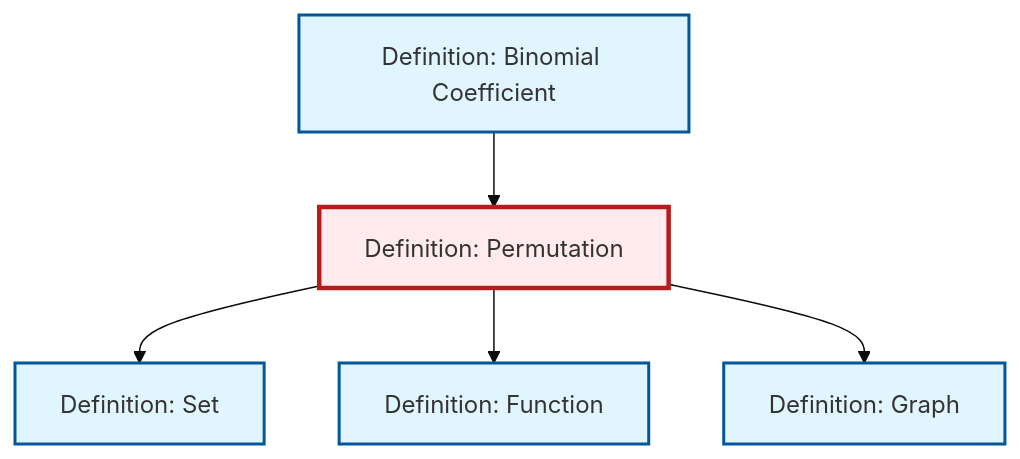
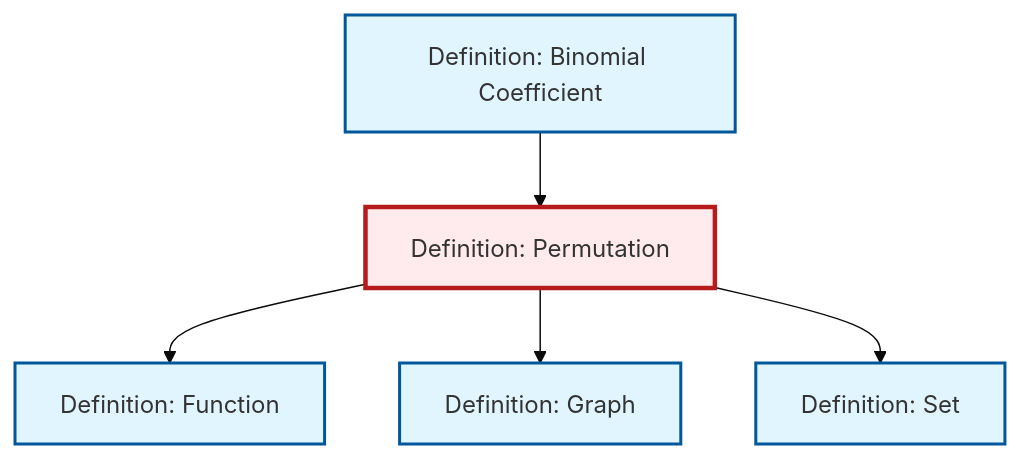
Before and after one commit to RK0429/ModernMath: the diagram in content/ja/combinatorics/def-permutation.qmd, drawn with Mermaid (base theme). The commit also changed other lines of this file and 597 other files, not shown here.

````diff
--- a/content/ja/combinatorics/def-permutation.qmd
+++ b/content/ja/combinatorics/def-permutation.qmd
@@ -54,23 +54,23 @@
 ```{mermaid}
 %%| fig-cap: "Local dependency graph"
 graph TD
     classDef definition fill:#e1f5fe,stroke:#01579b,stroke-width:2px
     classDef theorem fill:#f3e5f5,stroke:#4a148c,stroke-width:2px
     classDef axiom fill:#fff3e0,stroke:#e65100,stroke-width:2px
     classDef example fill:#e8f5e9,stroke:#1b5e20,stroke-width:2px
     classDef current fill:#ffebee,stroke:#b71c1c,stroke-width:3px
+    def-binomial-coefficient["Definition: Binomial Coefficient"]:::definition
     def-function["Definition: Function"]:::definition
+    def-set["Definition: Set"]:::definition
+    def-permutation["Definition: Permutation"]:::definition
     def-graph["Definition: Graph"]:::definition
-    def-binomial-coefficient["Definition: Binomial Coefficient"]:::definition
-    def-permutation["Definition: Permutation"]:::definition
-    def-set["Definition: Set"]:::definition
+    def-permutation --> def-function
+    def-binomial-coefficient --> def-permutation
+    def-permutation --> def-graph
     def-permutation --> def-set
-    def-permutation --> def-function
-    def-permutation --> def-graph
-    def-binomial-coefficient --> def-permutation
     class def-permutation current
+    click def-binomial-coefficient "def-binomial-coefficient.html" "Definition: Binomial Coefficientへ"
     click def-function "def-function.html" "Definition: Functionへ"
+    click def-set "def-set.html" "Definition: Setへ"
     click def-graph "def-graph.html" "Definition: Graphへ"
-    click def-binomial-coefficient "def-binomial-coefficient.html" "Definition: Binomial Coefficientへ"
-    click def-set "def-set.html" "Definition: Setへ"
 ```
````
